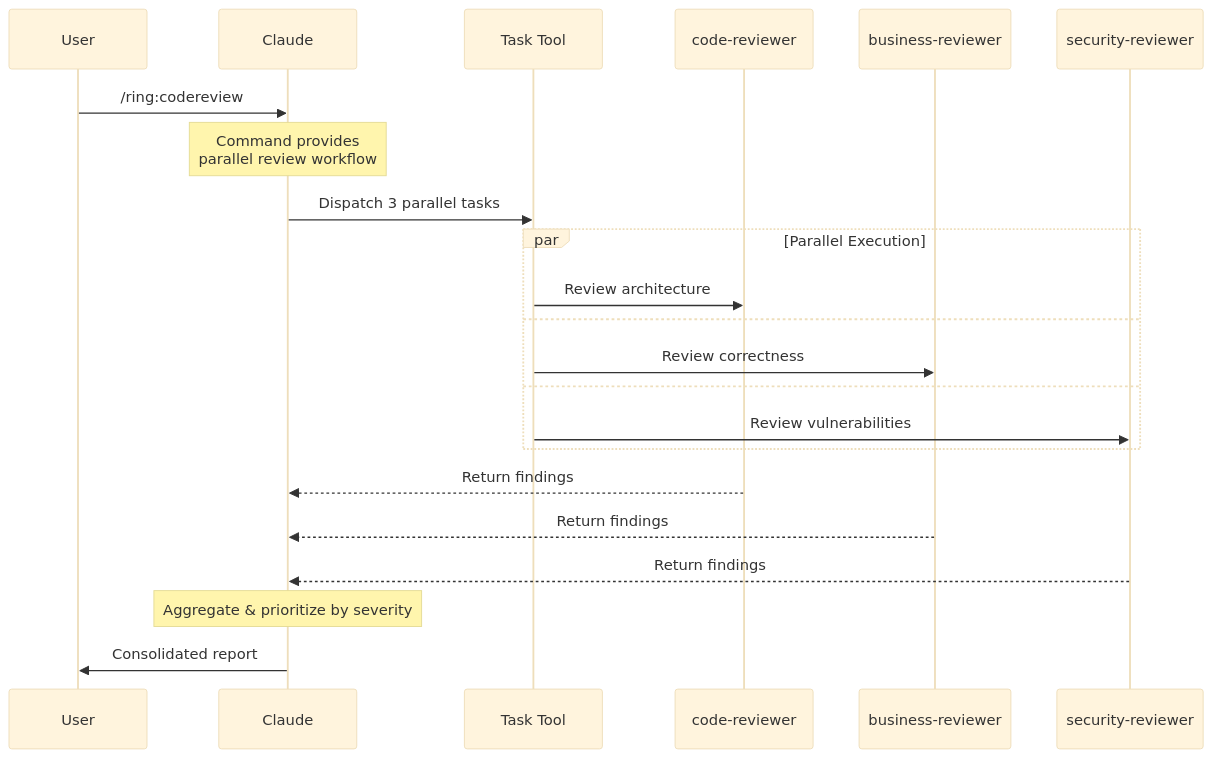
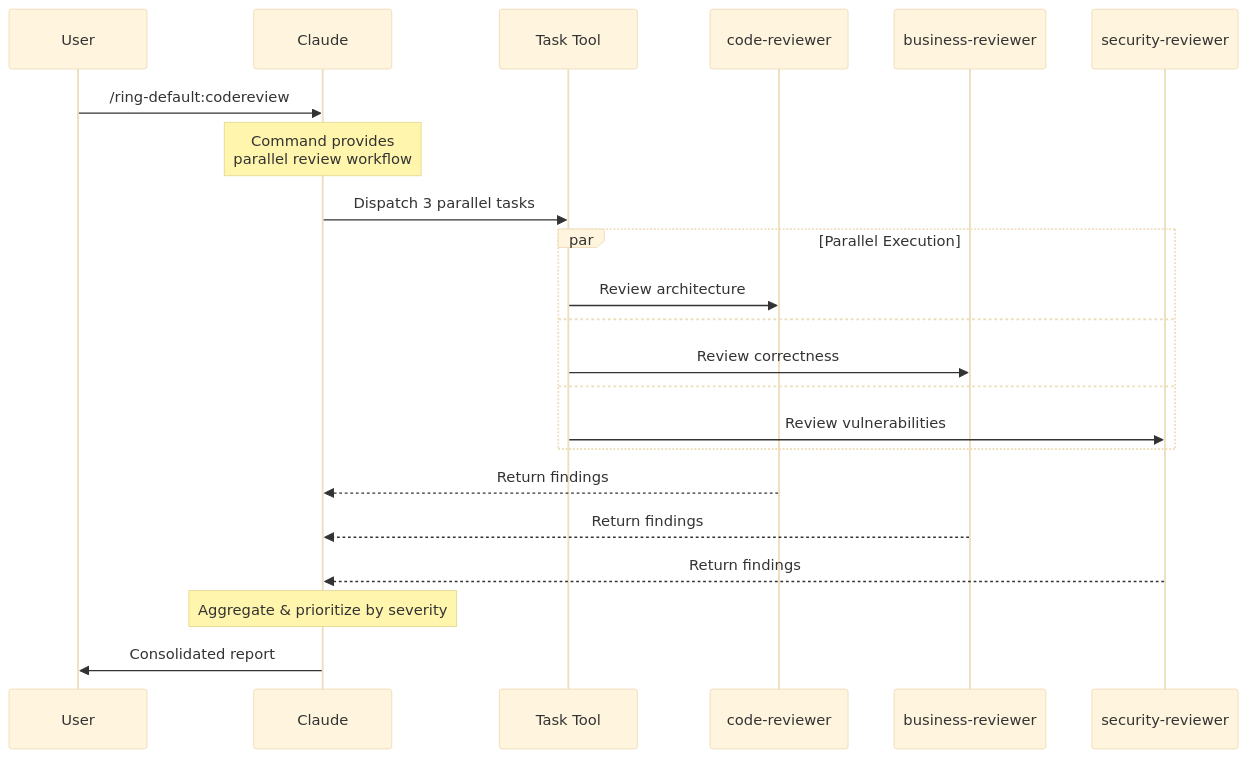
Before and after one commit to LerianStudio/ring: the third of 3 diagrams in ARCHITECTURE.md, drawn with Mermaid (base theme). The commit also changed other lines of this file and 25 other files, not shown here.

````diff
--- a/ARCHITECTURE.md
+++ b/ARCHITECTURE.md
@@ -288,29 +288,29 @@
 ```mermaid
 sequenceDiagram
     participant User
     participant Claude
     participant Task Tool
     participant code-reviewer
     participant business-reviewer
     participant security-reviewer
 
-    User->>Claude: /ring:codereview
+    User->>Claude: /ring-default:codereview
     Note over Claude: Command provides<br/>parallel review workflow
 
     Claude->>Task Tool: Dispatch 3 parallel tasks
 
     par Parallel Execution
         Task Tool->>code-reviewer: Review architecture
         and
         Task Tool->>business-reviewer: Review correctness
         and
         Task Tool->>security-reviewer: Review vulnerabilities
     end
 
     code-reviewer-->>Claude: Return findings
     business-reviewer-->>Claude: Return findings
     security-reviewer-->>Claude: Return findings
 
     Note over Claude: Aggregate & prioritize by severity
     Claude->>User: Consolidated report
 ```
````
